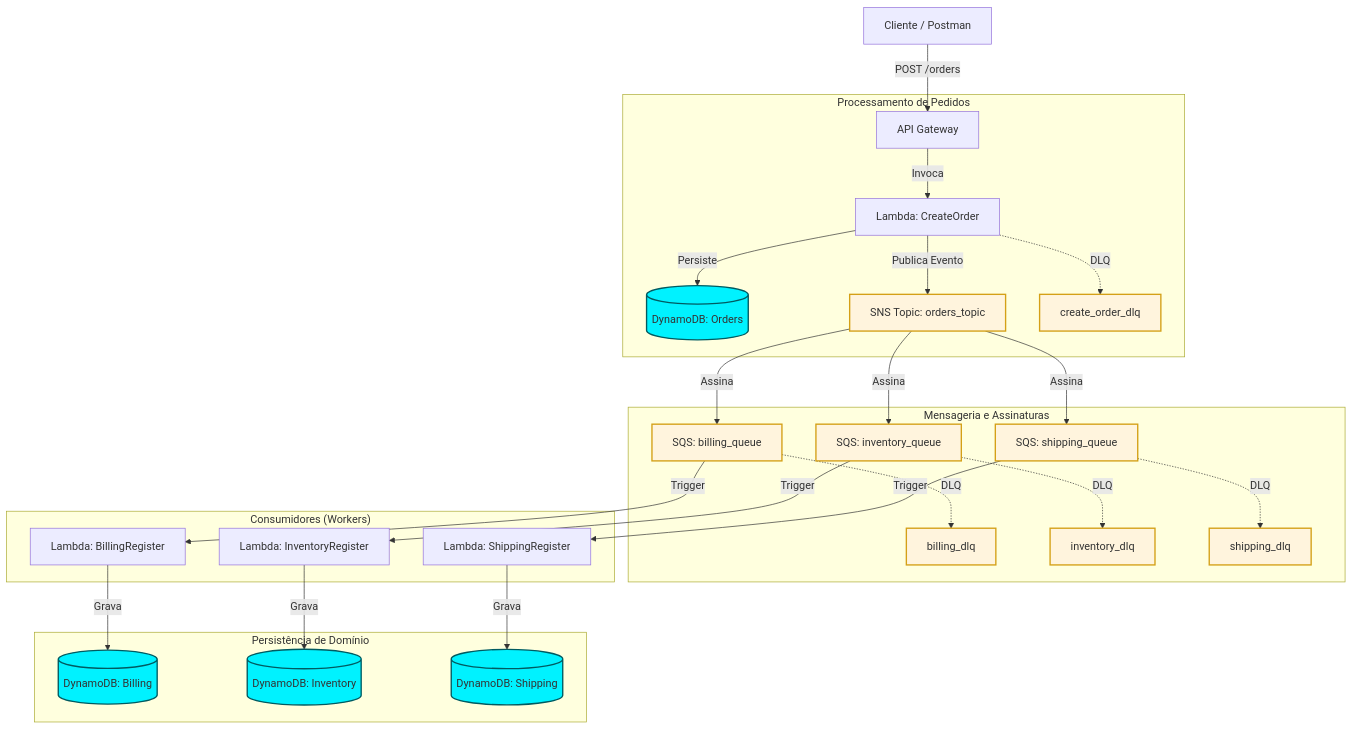
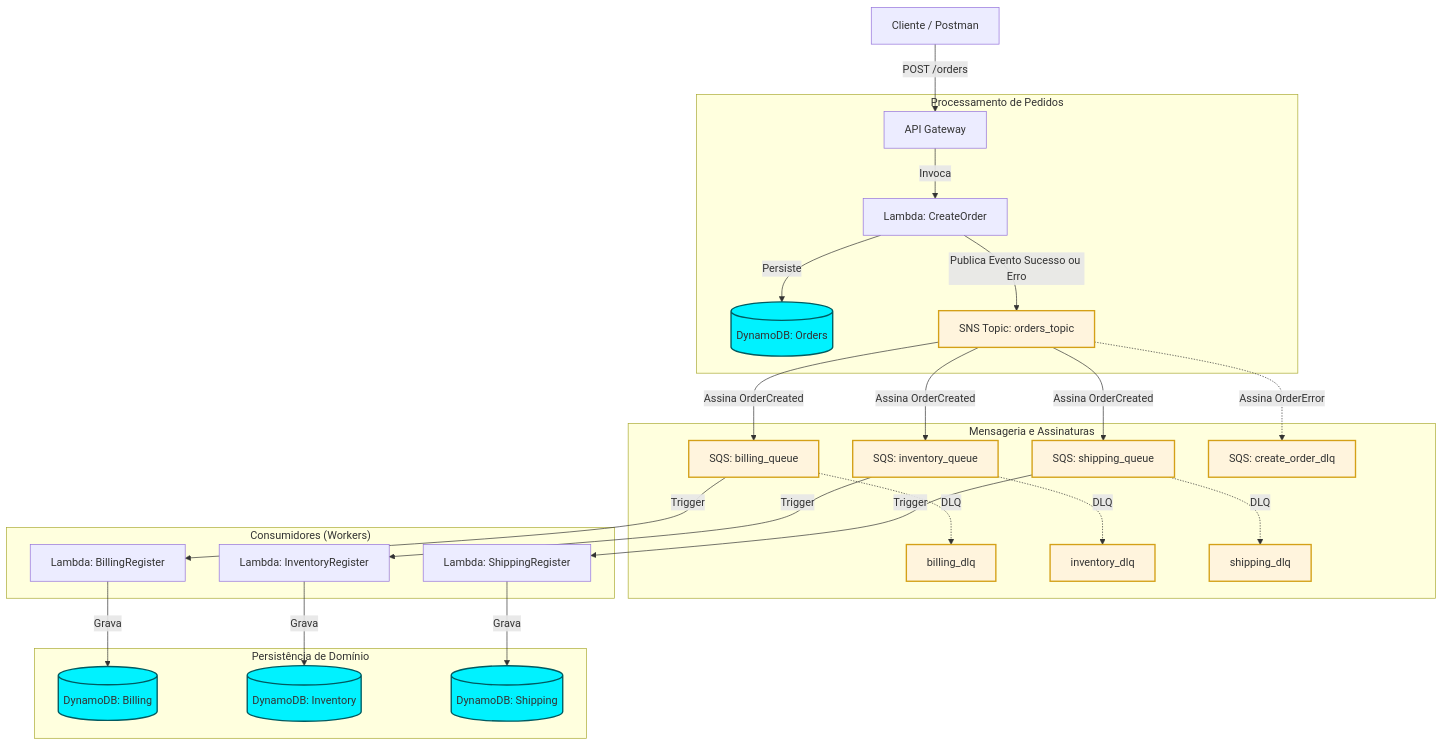
The diagram in docs/arquitetura.md (valuedriven/events), drawn with Mermaid before and after one commit. The commit also changed other lines of this file, not shown here.

Commit message:
feat: Rework `CreateOrder` error handling to publish error events to SNS, routing them to a DLQ via subscription filtering.

````diff
--- a/docs/arquitetura.md
+++ b/docs/arquitetura.md
@@ -7,41 +7,41 @@
 ```mermaid
 graph TD
     Client[Cliente / Postman] -->|POST /orders| APIG[API Gateway]
     
     subgraph "Processamento de Pedidos"
         APIG -->|Invoca| CO_Lambda[Lambda: CreateOrder]
         CO_Lambda -->|Persiste| DB_Orders[(DynamoDB: Orders)]
-        CO_Lambda -->|Publica Evento| SNS_Orders[SNS Topic: orders_topic]
-        CO_Lambda -.->|DLQ| SQS_CreateOrder_DLQ[create_order_dlq]
+        CO_Lambda -->|Publica Evento Sucesso ou Erro| SNS_Orders[SNS Topic: orders_topic]
     end
 
     subgraph "Mensageria e Assinaturas"
-        SNS_Orders -->|Assina| SQS_Billing[SQS: billing_queue]
-        SNS_Orders -->|Assina| SQS_Inventory[SQS: inventory_queue]
-        SNS_Orders -->|Assina| SQS_Shipping[SQS: shipping_queue]
+        SNS_Orders -->|Assina OrderCreated| SQS_Billing[SQS: billing_queue]
+        SNS_Orders -->|Assina OrderCreated| SQS_Inventory[SQS: inventory_queue]
+        SNS_Orders -->|Assina OrderCreated| SQS_Shipping[SQS: shipping_queue]
+        SNS_Orders -.->|Assina OrderError| SQS_CreateOrder_DLQ[SQS: create_order_dlq]
         
         SQS_Billing -.->|DLQ| SQS_Billing_DLQ[billing_dlq]
         SQS_Inventory -.->|DLQ| SQS_Inventory_DLQ[inventory_dlq]
         SQS_Shipping -.->|DLQ| SQS_Shipping_DLQ[shipping_dlq]
     end
 
     subgraph "Consumidores (Workers)"
         SQS_Billing -->|Trigger| BR_Lambda[Lambda: BillingRegister]
         SQS_Inventory -->|Trigger| IR_Lambda[Lambda: InventoryRegister]
         SQS_Shipping -->|Trigger| SR_Lambda[Lambda: ShippingRegister]
     end
 
     subgraph "Persistência de Domínio"
         BR_Lambda -->|Grava| DB_Billing[(DynamoDB: Billing)]
         IR_Lambda -->|Grava| DB_Inventory[(DynamoDB: Inventory)]
         SR_Lambda -->|Grava| DB_Shipping[(DynamoDB: Shipping)]
     end
 
     %% Estilização
     classDef aws fill:#f9f,stroke:#333,stroke-width:2px;
     classDef database fill:#00f2ff,stroke:#005b61,stroke-width:2px;
     classDef messaging fill:#fff4dd,stroke:#d4a017,stroke-width:2px;
     
     class DB_Orders,DB_Billing,DB_Inventory,DB_Shipping database;
     class SNS_Orders,SQS_Billing,SQS_Inventory,SQS_Shipping,SQS_Billing_DLQ,SQS_Inventory_DLQ,SQS_Shipping_DLQ,SQS_CreateOrder_DLQ messaging;
 ```
````
